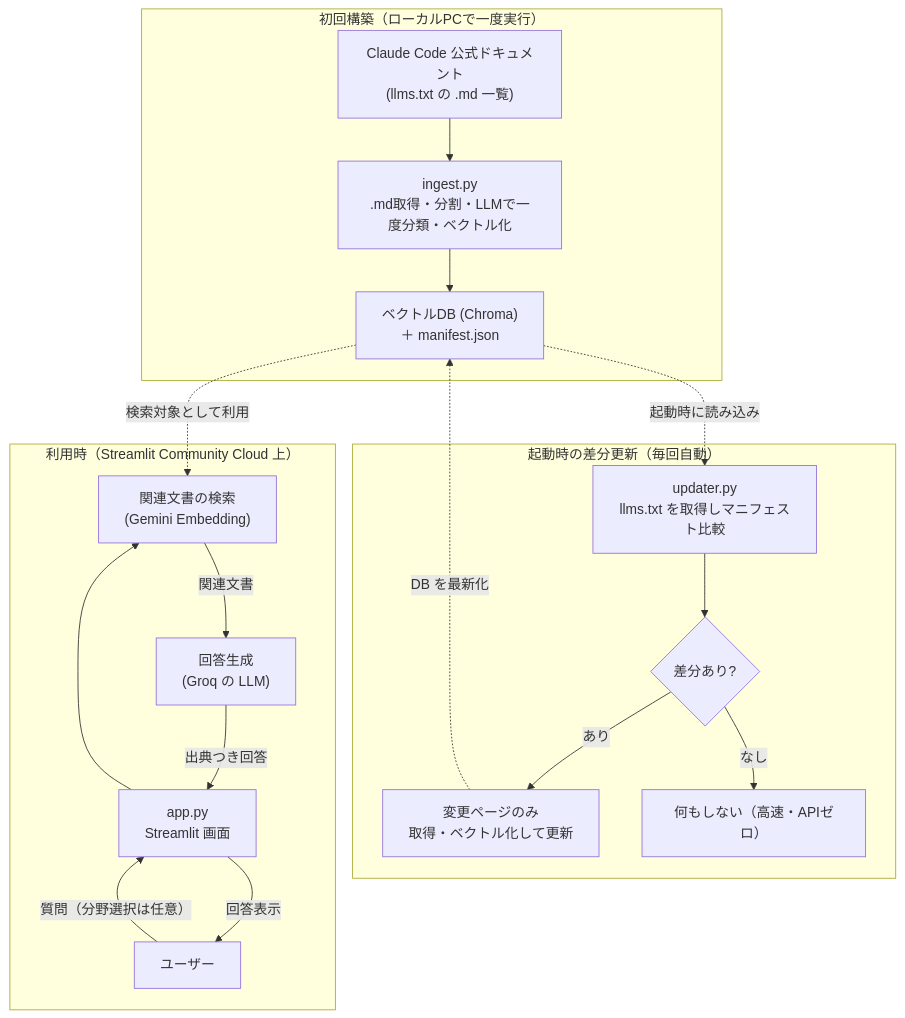
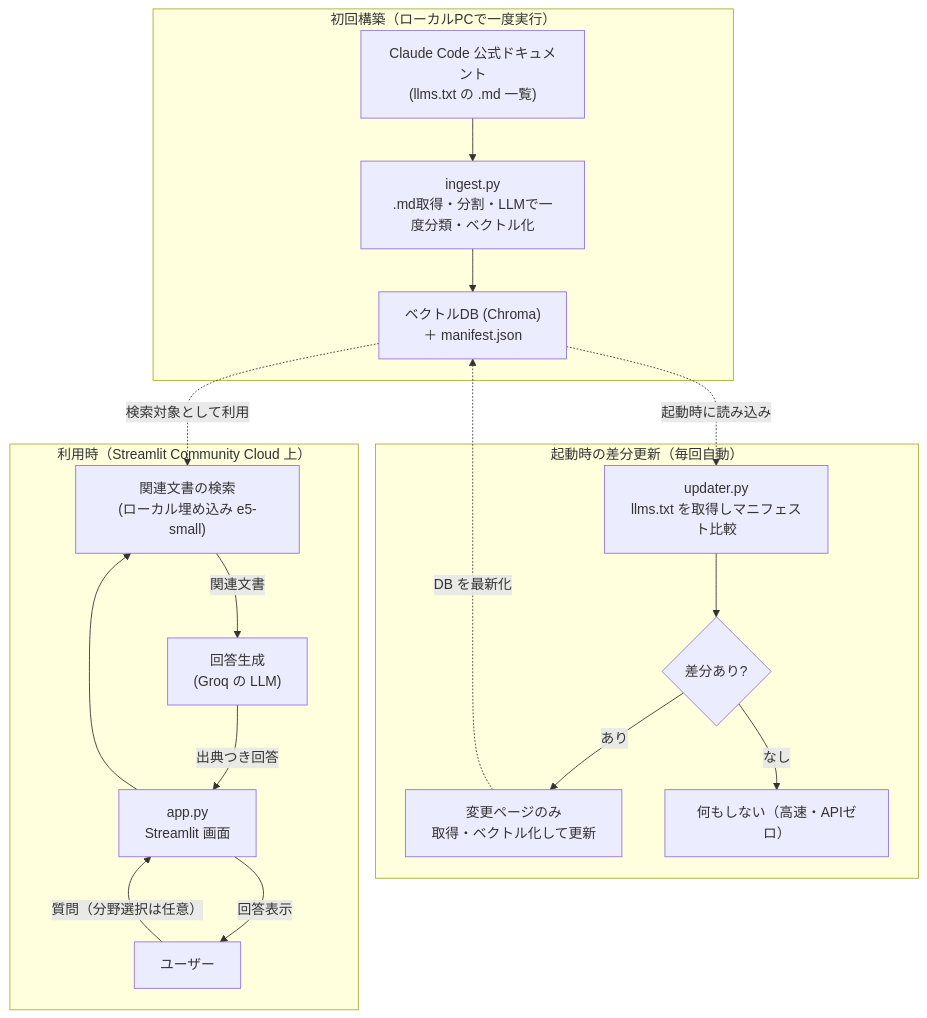
The diagram in docs/PLAN.md (altair-nasubee/ai-docs-rag-bot), drawn with Mermaid before and after one commit. The commit also changed other lines of this file and 12 other files, not shown here.

````diff
--- a/docs/PLAN.md
+++ b/docs/PLAN.md
@@ -39,34 +39,34 @@
 ```mermaid
 flowchart TD
     subgraph Prep["初回構築（ローカルPCで一度実行）"]
         Docs["Claude Code 公式ドキュメント<br/>(llms.txt の .md 一覧)"]
         Ingest["ingest.py<br/>.md取得・分割・LLMで一度分類・ベクトル化"]
         VStore["ベクトルDB (Chroma)<br/>＋ manifest.json"]
         Docs --> Ingest --> VStore
     end
 
     subgraph Boot["起動時の差分更新（毎回自動）"]
         Check["updater.py<br/>llms.txt を取得しマニフェスト比較"]
         Diff{"差分あり?"}
         Update["変更ページのみ<br/>取得・ベクトル化して更新"]
         Check --> Diff
         Diff -->|"あり"| Update
         Diff -->|"なし"| Skip["何もしない（高速・APIゼロ）"]
     end
 
     subgraph Runtime["利用時（Streamlit Community Cloud 上）"]
         User["ユーザー"]
         UI["app.py<br/>Streamlit 画面"]
-        Retriever["関連文書の検索<br/>(Gemini Embedding)"]
+        Retriever["関連文書の検索<br/>(ローカル埋め込み e5-small)"]
         LLM["回答生成<br/>(Groq の LLM)"]
         User -->|"質問（分野選択は任意）"| UI
         UI --> Retriever
         Retriever -->|"関連文書"| LLM
         LLM -->|"出典つき回答"| UI
         UI -->|"回答表示"| User
     end
 
     VStore -.->|"起動時に読み込み"| Check
     Update -.->|"DB を最新化"| VStore
     VStore -.->|"検索対象として利用"| Retriever
 ```
````
